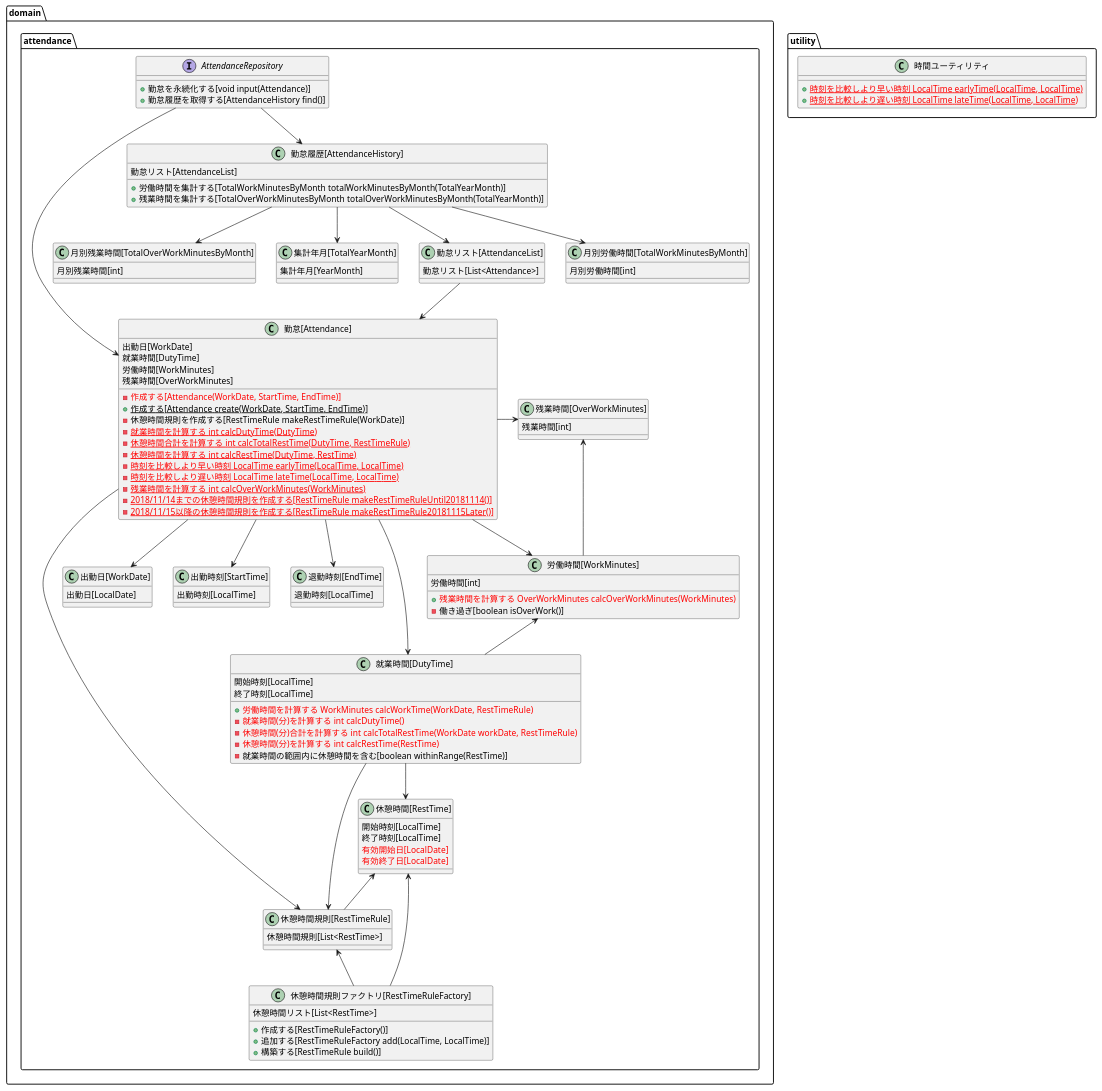
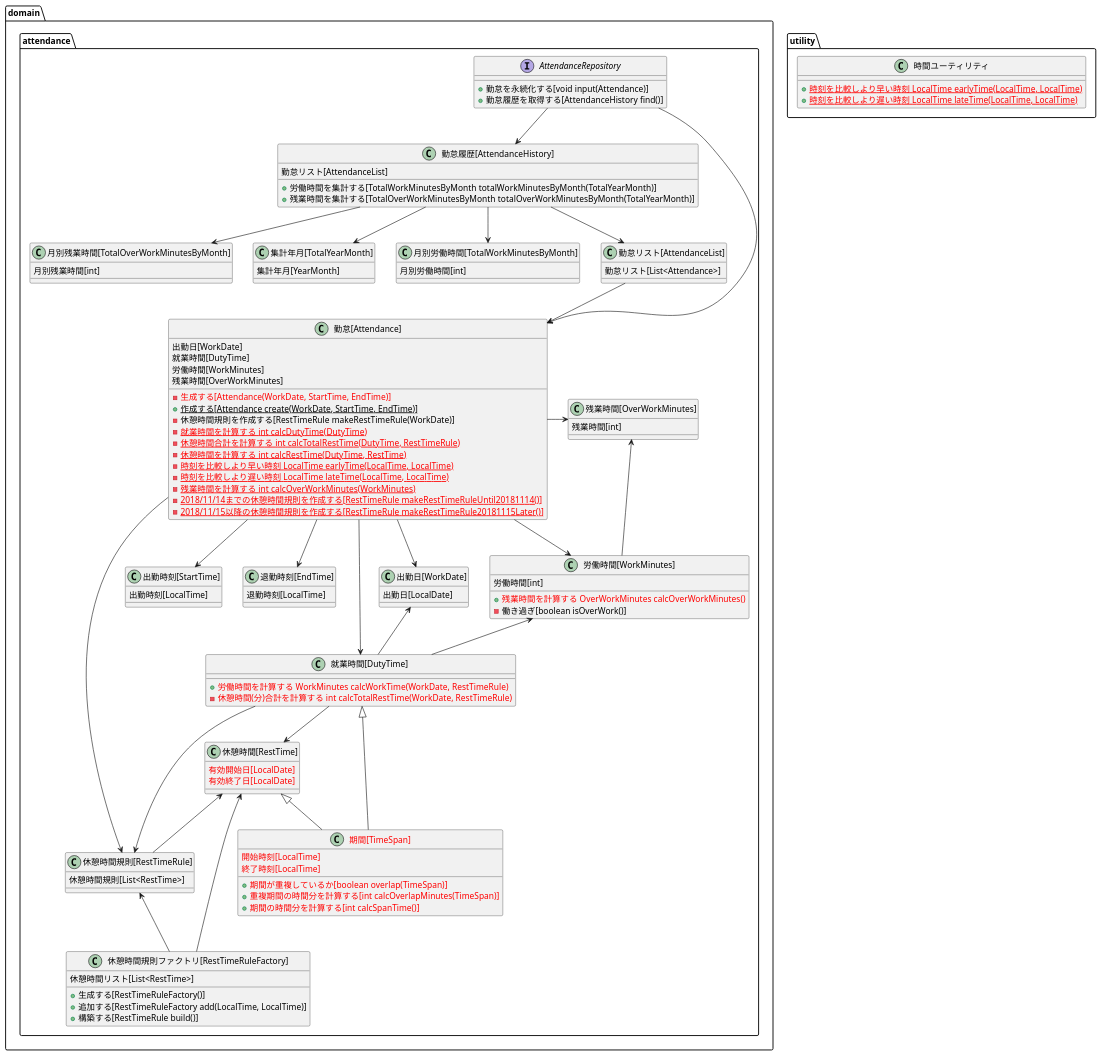
The diagram in doument/モデル設計/attendance/5_Attendance_仕様追加レビュー後修正.puml (biglobe-isp/kintai), drawn with PlantUML before and after one commit. The commit also changed 32 other files, not shown here.

```diff
--- a/doument/モデル設計/attendance/5_Attendance_仕様追加レビュー後修正.puml
+++ b/doument/モデル設計/attendance/5_Attendance_仕様追加レビュー後修正.puml
@@ -1,139 +1,144 @@
 @startuml
 
 package domain.attendance {
 
 interface AttendanceRepository {
     + 勤怠を永続化する[void input(Attendance)]
     + 勤怠履歴を取得する[AttendanceHistory find()]
 }
 
 class "勤怠[Attendance]" as Attendance {
     出勤日[WorkDate]
     就業時間[DutyTime]
     労働時間[WorkMinutes]
     残業時間[OverWorkMinutes]
-    - <color:red>作成する[Attendance(WorkDate, StartTime, EndTime)]</color>
+    - <color:red>生成する[Attendance(WorkDate, StartTime, EndTime)]</color>
     + {static} 作成する[Attendance create(WorkDate, StartTime, EndTime)]
     - 休憩時間規則を作成する[RestTimeRule makeRestTimeRule(WorkDate)]
     - {static} <color:red><s>就業時間を計算する int calcDutyTime(DutyTime)</s></color>
     - {static} <color:red><s>休憩時間合計を計算する int calcTotalRestTime(DutyTime, RestTimeRule)</s></color>
     - {static} <color:red><s>休憩時間を計算する int calcRestTime(DutyTime, RestTime)</s></color>
     - {static} <color:red><s>時刻を比較しより早い時刻 LocalTime earlyTime(LocalTime, LocalTime)</s></color>
     - {static} <color:red><s>時刻を比較しより遅い時刻 LocalTime lateTime(LocalTime, LocalTime)</s></color>
     - {static} <color:red><s>残業時間を計算する int calcOverWorkMinutes(WorkMinutes)</s></color>
     - {static} <color:red><s>2018/11/14までの休憩時間規則を作成する[RestTimeRule makeRestTimeRuleUntil20181114()]</s></color>
     - {static} <color:red><s>2018/11/15以降の休憩時間規則を作成する[RestTimeRule makeRestTimeRule20181115Later()]</s></color>
 }
 
 class "勤怠履歴[AttendanceHistory]" as AttendanceHistory {
     勤怠リスト[AttendanceList]
     + 労働時間を集計する[TotalWorkMinutesByMonth totalWorkMinutesByMonth(TotalYearMonth)]
     + 残業時間を集計する[TotalOverWorkMinutesByMonth totalOverWorkMinutesByMonth(TotalYearMonth)]
 }
 
 class "月別労働時間[TotalWorkMinutesByMonth]" as TotalWorkMinutesByMonth {
     月別労働時間[int]
 }
 
 class "月別残業時間[TotalOverWorkMinutesByMonth]" as TotalOverWorkMinutesByMonth {
     月別残業時間[int]
 }
 
 class "集計年月[TotalYearMonth]" as TotalYearMonth {
     集計年月[YearMonth]
 }
 
 class "勤怠リスト[AttendanceList]" as AttendanceList {
     勤怠リスト[List<Attendance>]
 }
 
 class "出勤日[WorkDate]" as WorkDate {
     出勤日[LocalDate]
 }
 
 class "出勤時刻[StartTime]" as StartTime {
     出勤時刻[LocalTime]
 }
 
 class "退勤時刻[EndTime]" as EndTime {
     退勤時刻[LocalTime]
 }
 
+class "<color:red>期間[TimeSpan]</color>" as TimeSpan {
+    <color:red>開始時刻[LocalTime]</color>
+    <color:red>終了時刻[LocalTime]</color>
+    + <color:red>期間が重複しているか[boolean overlap(TimeSpan)]</color>
+    + <color:red>重複期間の時間分を計算する[int calcOverlapMinutes(TimeSpan)]</color>
+    + <color:red>期間の時間分を計算する[int calcSpanTime()]</color>
+}
+
 class "就業時間[DutyTime] " as DutyTime {
-    開始時刻[LocalTime]
-    終了時刻[LocalTime]
     + <color:red>労働時間を計算する WorkMinutes calcWorkTime(WorkDate, RestTimeRule)</color>
-    - <color:red>就業時間(分)を計算する int calcDutyTime()</color>
-    - <color:red>休憩時間(分)合計を計算する int calcTotalRestTime(WorkDate workDate, RestTimeRule)</color>
-    - <color:red>休憩時間(分)を計算する int calcRestTime(RestTime)</color>
-    - 就業時間の範囲内に休憩時間を含む[boolean withinRange(RestTime)]
+    - <color:red>休憩時間(分)合計を計算する int calcTotalRestTime(WorkDate, RestTimeRule)</color>
 }
 
 class "休憩時間[RestTime]" as RestTime {
-    開始時刻[LocalTime]
-    終了時刻[LocalTime]
     <color:red>有効開始日[LocalDate]</color>
     <color:red>有効終了日[LocalDate]</color>
 }
 
 class "労働時間[WorkMinutes]" as WorkMinutes {
     労働時間[int]
-    + <color:red>残業時間を計算する OverWorkMinutes calcOverWorkMinutes(WorkMinutes)</color>
+    + <color:red>残業時間を計算する OverWorkMinutes calcOverWorkMinutes()</color>
     - 働き過ぎ[boolean isOverWork()]
 }
 
 class "残業時間[OverWorkMinutes]" as OverWorkMinutes {
     残業時間[int]
 }
 
 class "休憩時間規則[RestTimeRule]" as RestTimeRule {
     休憩時間規則[List<RestTime>]
 }
 
 class "休憩時間規則ファクトリ[RestTimeRuleFactory]" as RestTimeRuleFactory {
     休憩時間リスト[List<RestTime>]
-    + 作成する[RestTimeRuleFactory()]
+    + 生成する[RestTimeRuleFactory()]
     + 追加する[RestTimeRuleFactory add(LocalTime, LocalTime)]
     + 構築する[RestTimeRule build()]
 }
 
 AttendanceRepository -down-> Attendance
 AttendanceRepository -down-> AttendanceHistory
 
 AttendanceHistory -down-> AttendanceList
 AttendanceList -down-> Attendance
 
 AttendanceHistory -down-> TotalWorkMinutesByMonth
 AttendanceHistory -down-> TotalOverWorkMinutesByMonth
 AttendanceHistory -down-> TotalYearMonth
 
 Attendance -down-> WorkDate
 Attendance -down-> StartTime
 Attendance -down-> EndTime
 Attendance -down-> DutyTime
 Attendance -right-> WorkMinutes
 Attendance -right-> OverWorkMinutes
 Attendance -down-> RestTimeRule
 
+TimeSpan -up-|> DutyTime
+TimeSpan -up-|> RestTime
+
 DutyTime -down-> RestTime
 DutyTime -down-> RestTimeRule
 DutyTime -up-> WorkMinutes
+DutyTime -up-> WorkDate
 
 WorkMinutes -up-> OverWorkMinutes
 
 RestTimeRuleFactory -up-> RestTimeRule
 RestTimeRuleFactory -up-> RestTime
 RestTimeRule -up-> RestTime
 
 }
 
 package utility {
 
 class "時間ユーティリティ" as TimeUtility {
     + {static} <color:red>時刻を比較しより早い時刻 LocalTime earlyTime(LocalTime, LocalTime)</color>
     + {static} <color:red>時刻を比較しより遅い時刻 LocalTime lateTime(LocalTime, LocalTime)</color>
 }
 
 }
 
 @enduml
```
